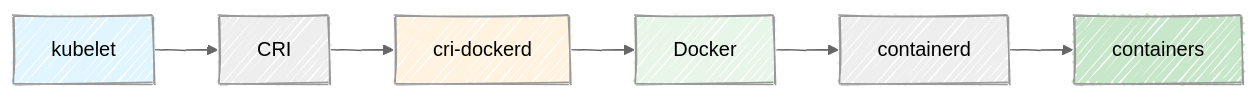
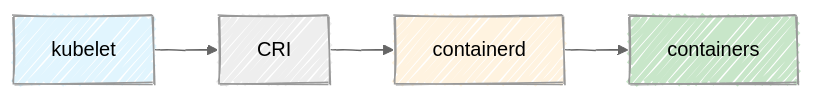
The fifth of 5 diagrams in local-k8s/docs/k8s-conf.md (kse-bd8338bbe006/lab-env-setup), drawn with Mermaid before and after one commit. The commit also changed other lines of this file, not shown here.

````diff
--- a/local-k8s/docs/k8s-conf.md
+++ b/local-k8s/docs/k8s-conf.md
@@ -649,10 +611,9 @@
 ```mermaid
 %%{init: {"look": "handDrawn", "theme": "neutral"}}%%
 flowchart LR
-    kubelet --> CRI --> cri-dockerd --> Docker --> containerd --> containers
+    kubelet --> CRI --> containerd --> containers
 
     style kubelet fill:#e1f5fe
-    style cri-dockerd fill:#fff3e0
-    style Docker fill:#e8f5e9
+    style containerd fill:#fff3e0
     style containers fill:#c8e6c9
 ```
````
